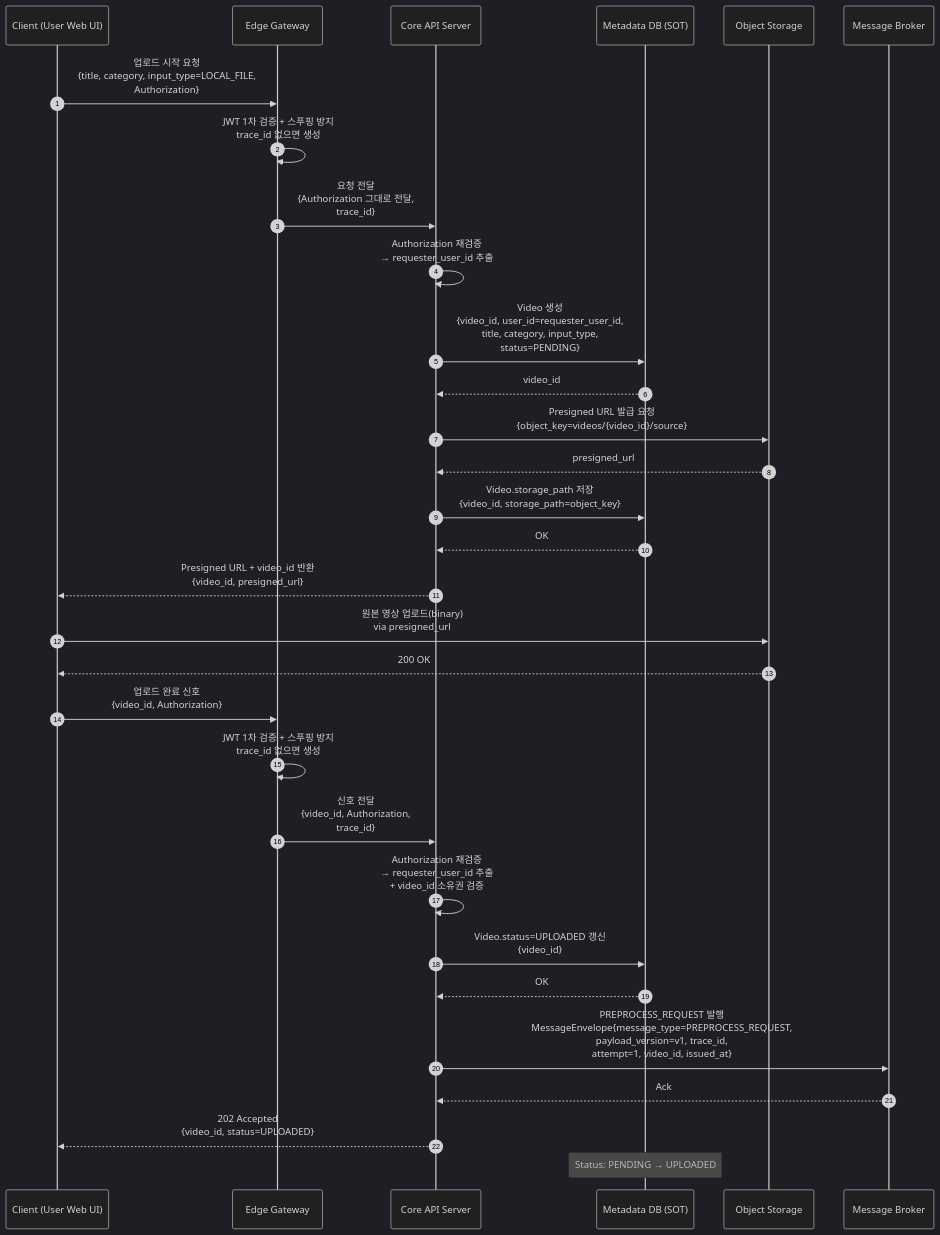
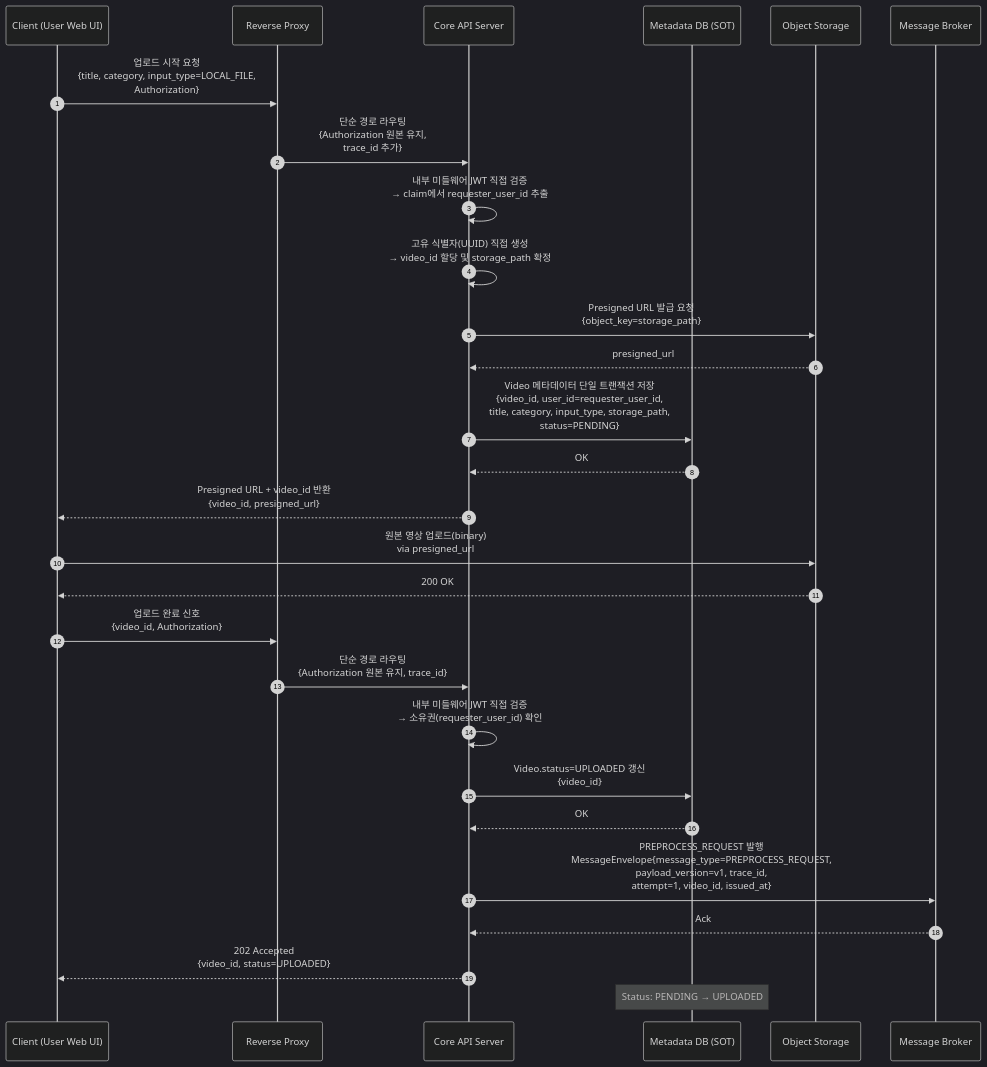
The first of 5 diagrams in docs/Diagram/sequence_diagram/SD_Mermaid.md (f-lab-edu/Biblio), drawn with Mermaid (dark theme) before and after one commit. The commit also changed other lines of this file and 8 other files, not shown here.

First line of the commit message:
docs: sequence diagram

````diff
--- a/docs/Diagram/sequence_diagram/SD_Mermaid.md
+++ b/docs/Diagram/sequence_diagram/SD_Mermaid.md
@@ -3,44 +3,41 @@
 ```mermaid
 sequenceDiagram
 autonumber
 participant C as Client (User Web UI)
-participant EG as Edge Gateway
+participant RP as Reverse Proxy
 participant API as Core API Server
 participant DB as Metadata DB (SOT)
 participant OS as Object Storage
 participant MQ as Message Broker
 
-C->>EG: 업로드 시작 요청<br/>{title, category, input_type=LOCAL_FILE,<br/>Authorization}
-EG->>EG: JWT 1차 검증 + 스푸핑 방지<br/>trace_id 없으면 생성
-EG->>API: 요청 전달<br/>{Authorization 그대로 전달,<br/>trace_id}
-API->>API: Authorization 재검증<br/>→ requester_user_id 추출
+C->>RP: 업로드 시작 요청<br/>{title, category, input_type=LOCAL_FILE,<br/>Authorization}
+RP->>API: 단순 경로 라우팅<br/>{Authorization 원본 유지,<br/>trace_id 추가}
+API->>API: 내부 미들웨어 JWT 직접 검증<br/>→ claim에서 requester_user_id 추출
 
-API->>DB: Video 생성<br/>{video_id, user_id=requester_user_id,<br/>title, category, input_type,<br/>status=PENDING}
-DB-->>API: video_id
+API->>API: 고유 식별자(UUID) 직접 생성<br/>→ video_id 할당 및 storage_path 확정
 
-API->>OS: Presigned URL 발급 요청<br/>{object_key=videos/{video_id}/source}
+API->>OS: Presigned URL 발급 요청<br/>{object_key=storage_path}
 OS-->>API: presigned_url
 
-API->>DB: Video.storage_path 저장<br/>{video_id, storage_path=object_key}
+API->>DB: Video 메타데이터 단일 트랜잭션 저장<br/>{video_id, user_id=requester_user_id,<br/>title, category, input_type, storage_path,<br/>status=PENDING}
 DB-->>API: OK
 
 API-->>C: Presigned URL + video_id 반환<br/>{video_id, presigned_url}
 
 C->>OS: 원본 영상 업로드(binary)<br/>via presigned_url
 OS-->>C: 200 OK
 
-C->>EG: 업로드 완료 신호<br/>{video_id, Authorization}
-EG->>EG: JWT 1차 검증 + 스푸핑 방지<br/>trace_id 없으면 생성
-EG->>API: 신호 전달<br/>{video_id, Authorization,<br/>trace_id}
-API->>API: Authorization 재검증<br/>→ requester_user_id 추출<br/>+ video_id 소유권 검증
+C->>RP: 업로드 완료 신호<br/>{video_id, Authorization}
+RP->>API: 단순 경로 라우팅<br/>{Authorization 원본 유지, trace_id}
+API->>API: 내부 미들웨어 JWT 직접 검증<br/>→ 소유권(requester_user_id) 확인
 
 API->>DB: Video.status=UPLOADED 갱신<br/>{video_id}
 DB-->>API: OK
 
 API->>MQ: PREPROCESS_REQUEST 발행<br/>MessageEnvelope{message_type=PREPROCESS_REQUEST,<br/>payload_version=v1, trace_id,<br/>attempt=1, video_id, issued_at}
 MQ-->>API: Ack
 
 API-->>C: 202 Accepted<br/>{video_id, status=UPLOADED}
 
 Note over DB: Status: PENDING → UPLOADED
 ```
````
